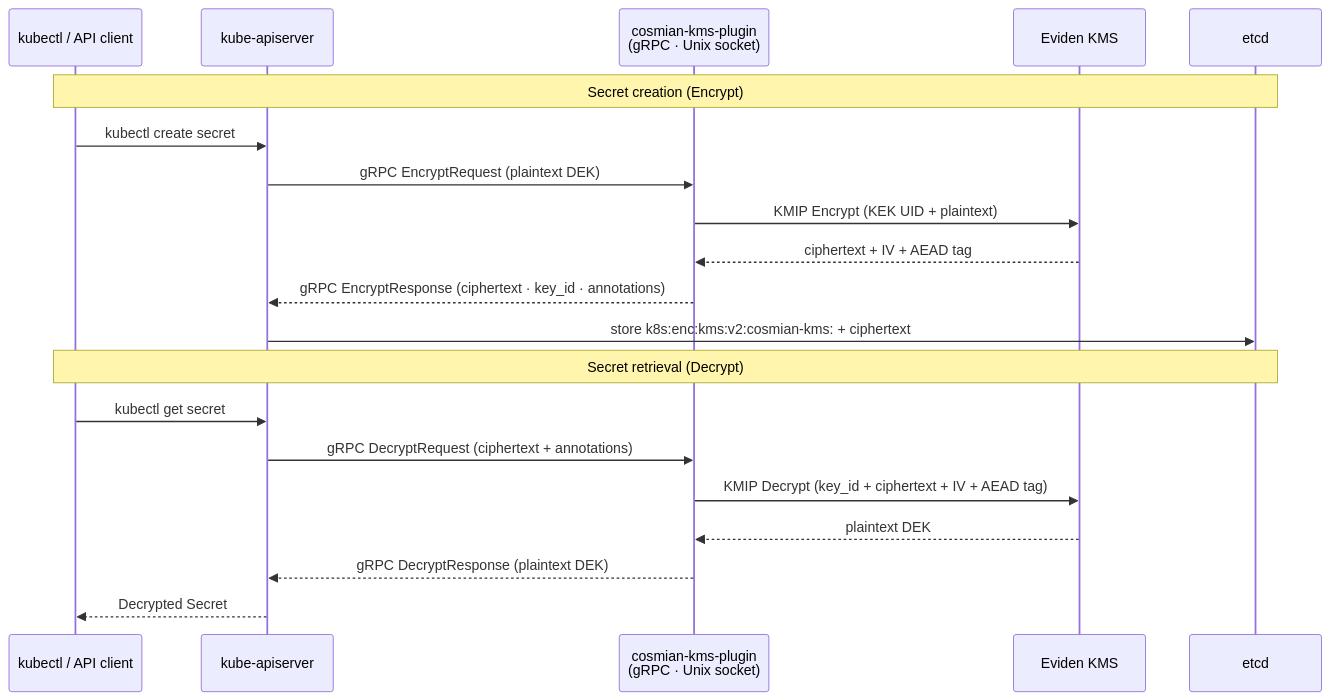
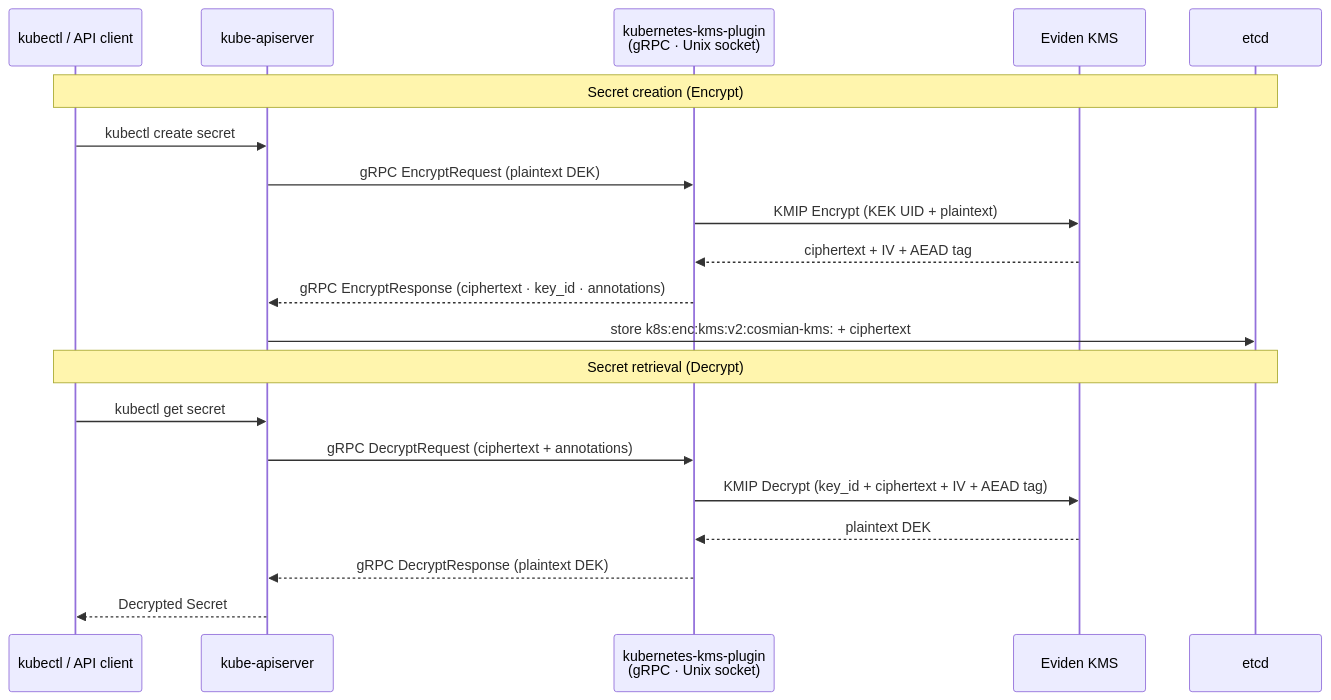
The diagram in documentation/docs/integrations/kubernetes/kms-provider-plugin.md (Cosmian/kms), drawn with Mermaid before and after one commit. The commit also changed other lines of this file and 17 other files, not shown here.

````diff
--- a/documentation/docs/integrations/kubernetes/kms-provider-plugin.md
+++ b/documentation/docs/integrations/kubernetes/kms-provider-plugin.md
@@ -13,24 +13,24 @@
 ```mermaid
 sequenceDiagram
     participant U as kubectl / API client
     participant A as kube-apiserver
-    participant P as cosmian-kms-plugin<br/>(gRPC · Unix socket)
+    participant P as kubernetes-kms-plugin<br/>(gRPC · Unix socket)
     participant K as Eviden KMS
     participant E as etcd
 
     Note over U,E: Secret creation (Encrypt)
     U->>A: kubectl create secret
     A->>P: gRPC EncryptRequest (plaintext DEK)
     P->>K: KMIP Encrypt (KEK UID + plaintext)
     K-->>P: ciphertext + IV + AEAD tag
     P-->>A: gRPC EncryptResponse (ciphertext · key_id · annotations)
     A->>E: store k8s:enc:kms:v2:cosmian-kms: + ciphertext
 
     Note over U,E: Secret retrieval (Decrypt)
     U->>A: kubectl get secret
     A->>P: gRPC DecryptRequest (ciphertext + annotations)
     P->>K: KMIP Decrypt (key_id + ciphertext + IV + AEAD tag)
     K-->>P: plaintext DEK
     P-->>A: gRPC DecryptResponse (plaintext DEK)
     A-->>U: Decrypted Secret
 ```
````
